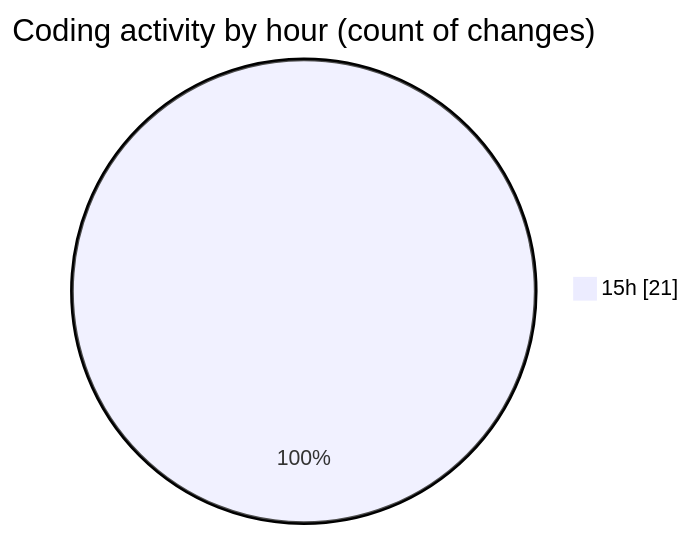
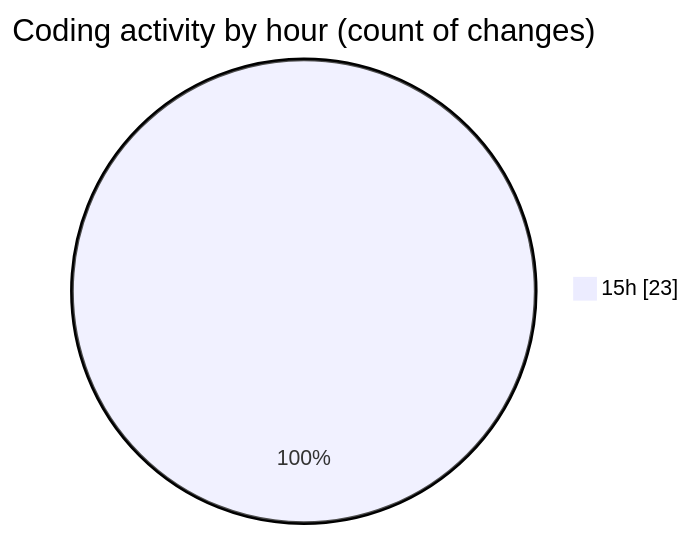
One commit to EIIisD/code-tracking changed the second of 2 diagrams in 2025-07-31/tw-server/README.md. Above: the diagram before and after it, drawn with Mermaid. The commit also changed other lines of this file and 1 other file, not shown here.

````diff
--- a/2025-07-31/tw-server/README.md
+++ b/2025-07-31/tw-server/README.md
@@ -36,5 +36,5 @@
 ```mermaid
 pie showData
 title Coding activity by hour (count of changes)
-"15h" : 21
+"15h" : 23
 ```
````
